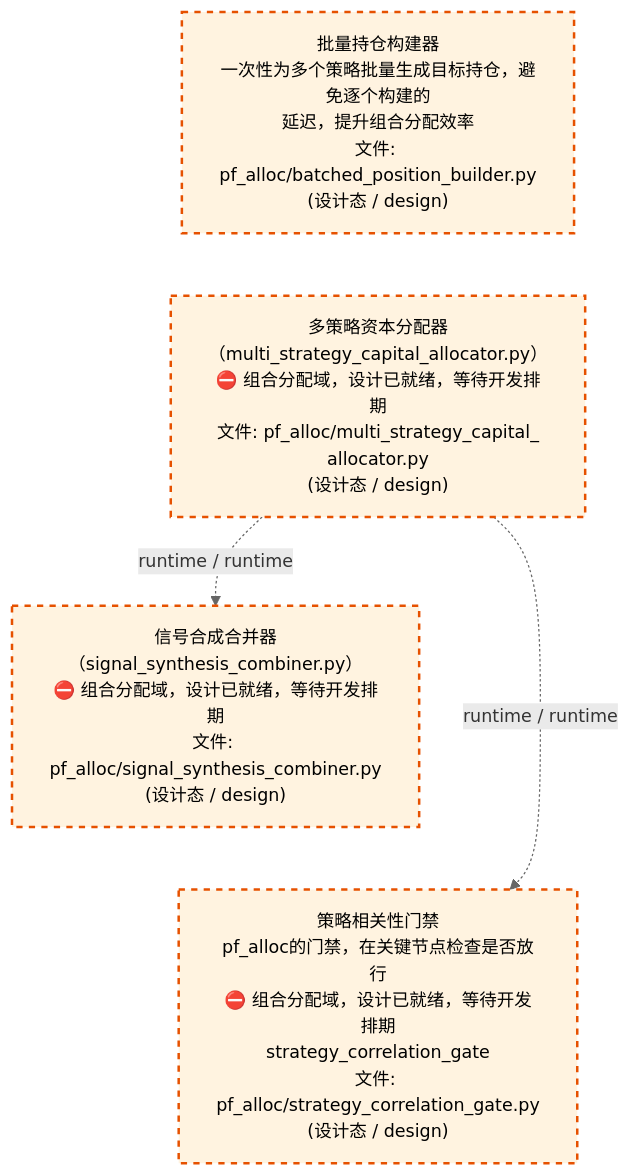
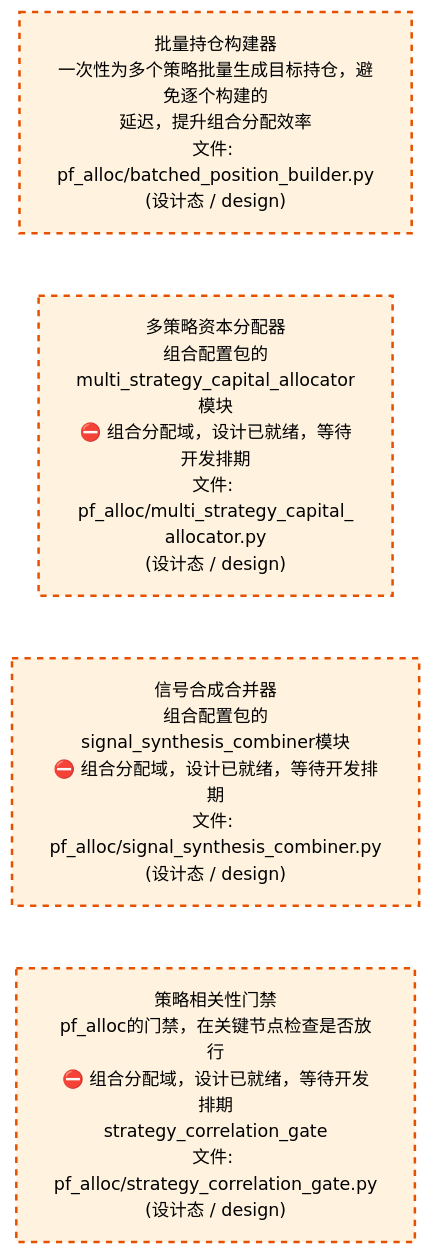
One commit to xuanFelixVan/ZephyrAlpha changed the third of 4 diagrams in docs/02_enterprise_architecture/02_domain_architecture_docs/62_d_pf_alloc.md. Above: the diagram before and after it, drawn with Mermaid. The commit also changed other lines of this file and 15 other files, not shown here.

````diff
--- a/docs/02_enterprise_architecture/02_domain_architecture_docs/62_d_pf_alloc.md
+++ b/docs/02_enterprise_architecture/02_domain_architecture_docs/62_d_pf_alloc.md
@@ -122,17 +121,16 @@
 ```mermaid
 %%{init: {'theme': 'base', 'themeVariables': {'primaryColor': '#eaeaea', 'primaryTextColor': '#333333', 'primaryBorderColor': '#666666', 'lineColor': '#666666', 'secondaryColor': '#eaeaea', 'tertiaryColor': '#eaeaea', 'fontSize': '14px'}}}%%
 flowchart TD
     src_zephyr_pf_alloc_batched_position_builder_py["批量持仓构建器<br/>一次性为多个策略批量生成目标持仓，避免逐个构建的<br/>延迟，提升组合分配效率<br/>文件: pf_alloc/batched_position_builder.py<br/>(设计态 / design)"]
-    src_zephyr_pf_alloc_multi_strategy_capital_allocator_py["多策略资本分配器<br/>（multi_strategy_capital_allocator.py）<br/>⛔ 组合分配域，设计已就绪，等待开发排期<br/>文件: pf_alloc/multi_strategy_capital_<br/>allocator.py<br/>(设计态 / design)"]
+    src_zephyr_pf_alloc_multi_strategy_capital_allocator_py["多策略资本分配器<br/>组合配置包的multi_strategy_capital_allocator模块<br/>⛔ 组合分配域，设计已就绪，等待开发排期<br/>文件: pf_alloc/multi_strategy_capital_<br/>allocator.py<br/>(设计态 / design)"]
+    src_zephyr_pf_alloc_signal_synthesis_combiner_py["信号合成合并器<br/>组合配置包的signal_synthesis_combiner模块<br/>⛔ 组合分配域，设计已就绪，等待开发排期<br/>文件: pf_alloc/signal_synthesis_combiner.py<br/>(设计态 / design)"]
+    src_zephyr_pf_alloc_strategy_correlation_gate_py["策略相关性门禁<br/>pf_alloc的门禁，在关键节点检查是否放行<br/>⛔ 组合分配域，设计已就绪，等待开发排期<br/>strategy_correlation_gate<br/>文件: pf_alloc/strategy_correlation_gate.py<br/>(设计态 / design)"]
     src_zephyr_pf_alloc_batched_position_builder_py ~~~ src_zephyr_pf_alloc_multi_strategy_capital_allocator_py
-    src_zephyr_pf_alloc_signal_synthesis_combiner_py["信号合成合并器<br/>（signal_synthesis_combiner.py）<br/>⛔ 组合分配域，设计已就绪，等待开发排期<br/>文件: pf_alloc/signal_synthesis_combiner.py<br/>(设计态 / design)"]
-    src_zephyr_pf_alloc_strategy_correlation_gate_py["策略相关性门禁<br/>pf_alloc的门禁，在关键节点检查是否放行<br/>⛔ 组合分配域，设计已就绪，等待开发排期<br/>strategy_correlation_gate<br/>文件: pf_alloc/strategy_correlation_gate.py<br/>(设计态 / design)"]
+    src_zephyr_pf_alloc_multi_strategy_capital_allocator_py ~~~ src_zephyr_pf_alloc_signal_synthesis_combiner_py
     src_zephyr_pf_alloc_signal_synthesis_combiner_py ~~~ src_zephyr_pf_alloc_strategy_correlation_gate_py
-    src_zephyr_pf_alloc_multi_strategy_capital_allocator_py -.->|runtime / runtime| src_zephyr_pf_alloc_signal_synthesis_combiner_py
-    src_zephyr_pf_alloc_multi_strategy_capital_allocator_py -.->|runtime / runtime| src_zephyr_pf_alloc_strategy_correlation_gate_py
     classDef production fill:#e1f5fe,stroke:#01579b,stroke-width:2px,color:#000
     classDef design fill:#fff3e0,stroke:#e65100,stroke-width:2px,color:#000,stroke-dasharray: 5 5
     classDef external_prod fill:#e8f4fd,stroke:#0277bd,stroke-width:1px,color:#000
     classDef external_design fill:#fff8e7,stroke:#ef6c00,stroke-width:1px,color:#000,stroke-dasharray: 5 5
     class src_zephyr_pf_alloc_batched_position_builder_py,src_zephyr_pf_alloc_multi_strategy_capital_allocator_py,src_zephyr_pf_alloc_signal_synthesis_combiner_py,src_zephyr_pf_alloc_strategy_correlation_gate_py design
 ```
````
